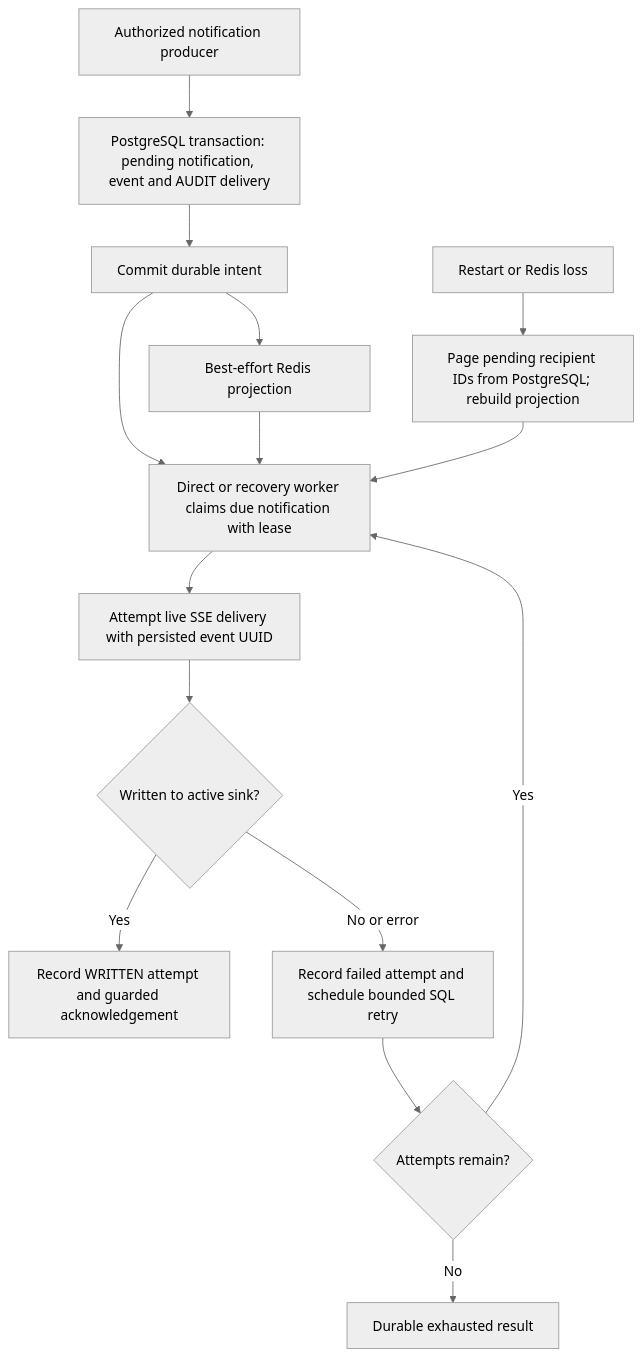
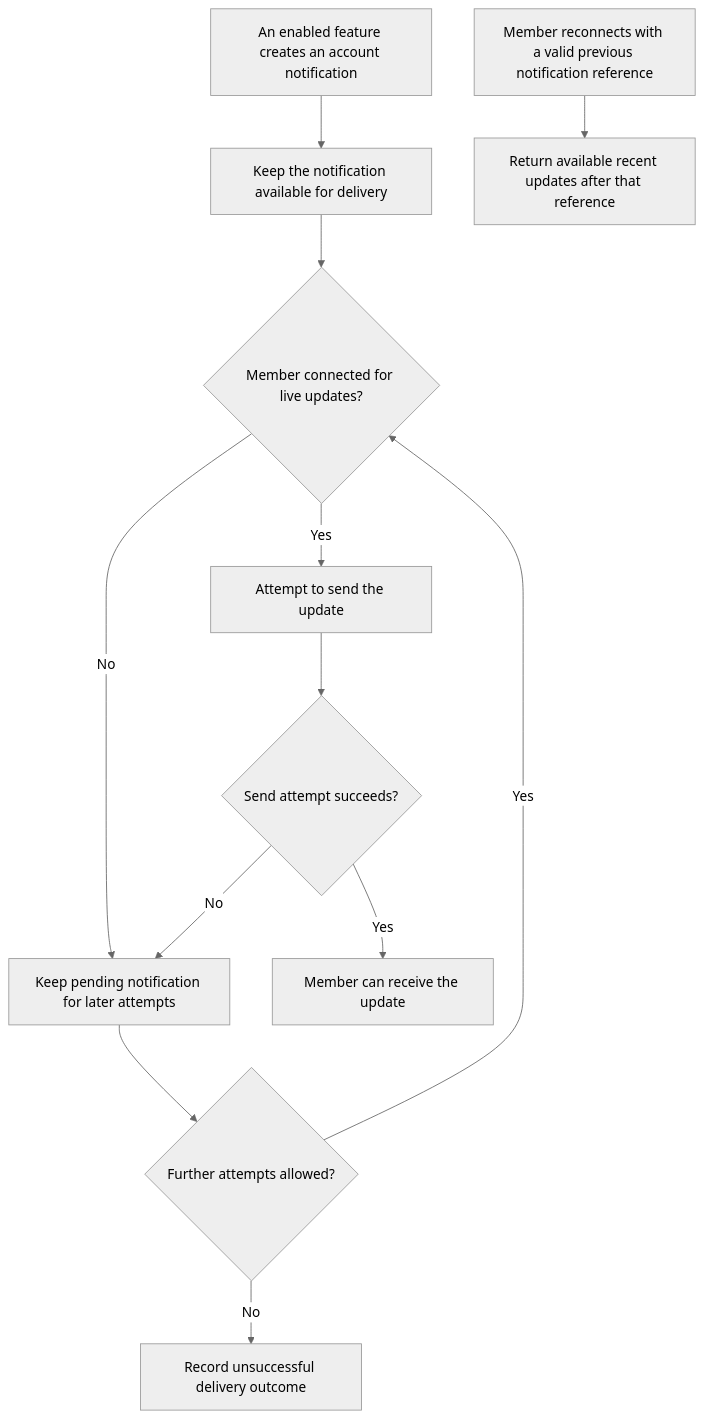
Before and after one commit to younessFathi/auto-parto: diagram 11 of 12 in docs/workflows.md, drawn with Mermaid (neutral theme). The commit also changed other lines of this file and 2 other files, not shown here.

````diff
--- a/docs/workflows.md
+++ b/docs/workflows.md
@@ -432,17 +227,14 @@
 ```mermaid
 flowchart TD
-    PRODUCER["Authorized notification producer"] --> TX["PostgreSQL transaction: pending notification, event and AUDIT delivery"]
-    TX --> COMMIT["Commit durable intent"]
-    COMMIT --> REDIS["Best-effort Redis projection"]
-    COMMIT --> CLAIM["Direct or recovery worker claims due notification with lease"]
-    REDIS --> CLAIM
-    CLAIM --> SEND["Attempt live SSE delivery with persisted event UUID"]
-    SEND --> WRITTEN{"Written to active sink?"}
-    WRITTEN -->|Yes| ACK["Record WRITTEN attempt and guarded acknowledgement"]
-    WRITTEN -->|No or error| RETRY["Record failed attempt and schedule bounded SQL retry"]
-    RETRY --> LEFT{"Attempts remain?"}
-    LEFT -->|Yes| CLAIM
-    LEFT -->|No| TERMINAL["Durable exhausted result"]
-    RESTART["Restart or Redis loss"] --> RECOVER["Page pending recipient IDs from PostgreSQL; rebuild projection"]
-    RECOVER --> CLAIM
+    A["An enabled feature creates an account notification"] --> B["Keep the notification available for delivery"]
+    B --> C{"Member connected for live updates?"}
+    C -->|Yes| D["Attempt to send the update"]
+    C -->|No| E["Keep pending notification for later attempts"]
+    D --> F{"Send attempt succeeds?"}
+    F -->|No| E
+    F -->|Yes| G["Member can receive the update"]
+    E --> H{"Further attempts allowed?"}
+    H -->|Yes| C
+    H -->|No| I["Record unsuccessful delivery outcome"]
+    J["Member reconnects with a valid previous notification reference"] --> K["Return available recent updates after that reference"]
 ```
````
